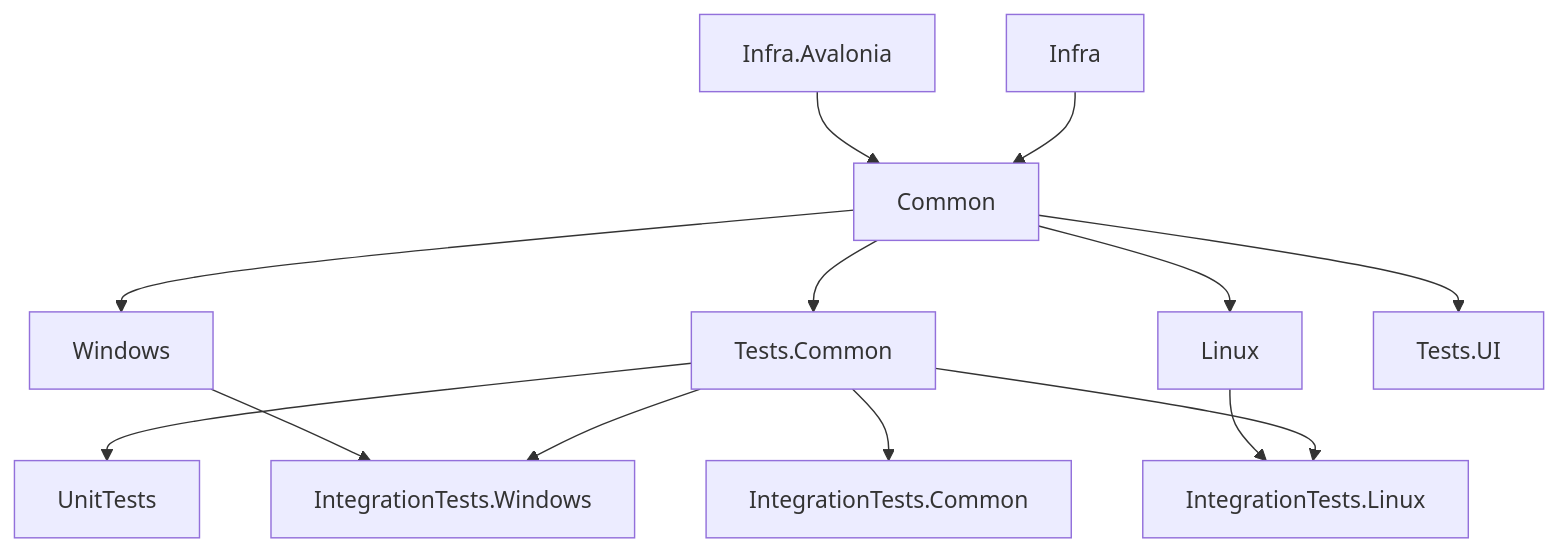
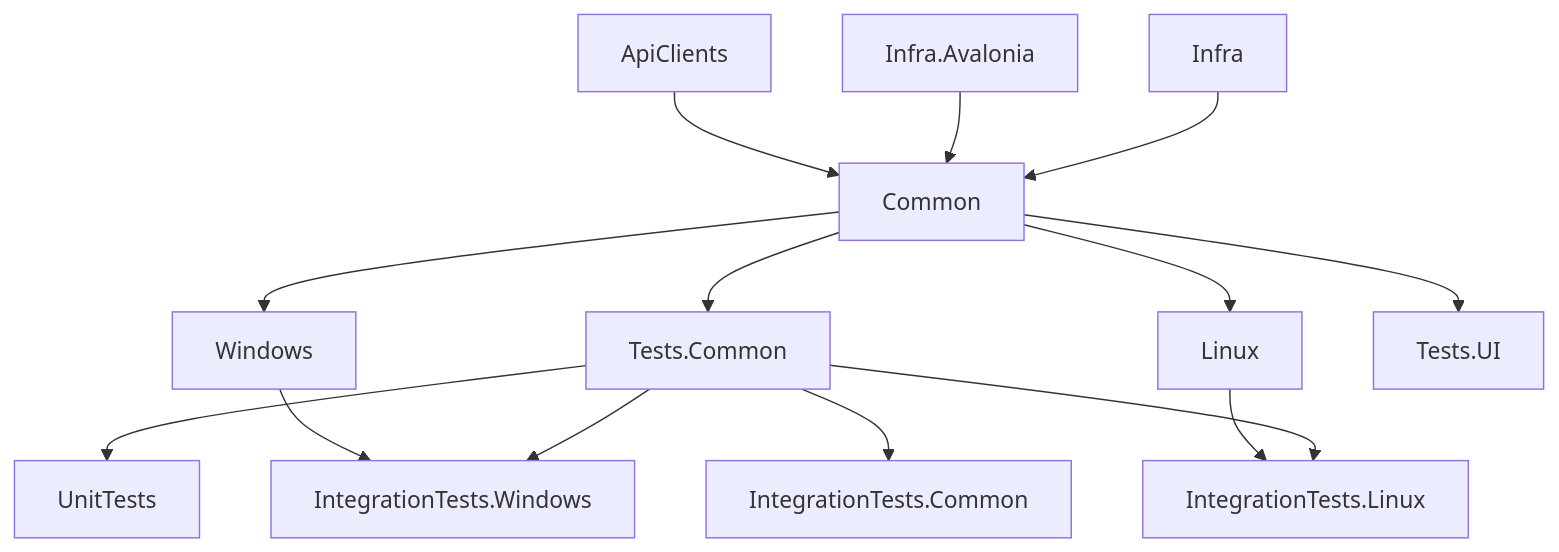
One commit to DSPaul/COMPASS changed the diagram in Docs/Architecture.md. Above: the diagram before and after it, drawn with Mermaid. The commit also changed other lines of this file and 19 other files, not shown here.

Commit message:
Split api's and reuse clients

````diff
--- a/Docs/Architecture.md
+++ b/Docs/Architecture.md
@@ -40,15 +42,16 @@
 ```mermaid
 graph TD;
     Infra-->Common;
     Infra.Avalonia-->Common;
+    ApiClients-->Common;
     Common-->Windows; 
     Common-->Linux;
     Common-->Tests.Common;
     Common-->Tests.UI;
     Tests.Common-->UnitTests;
     Tests.Common-->IntegrationTests.Common;
     Tests.Common-->IntegrationTests.Windows;
     Tests.Common-->IntegrationTests.Linux;
     Windows-->IntegrationTests.Windows;
     Linux-->IntegrationTests.Linux;
 ```
````
